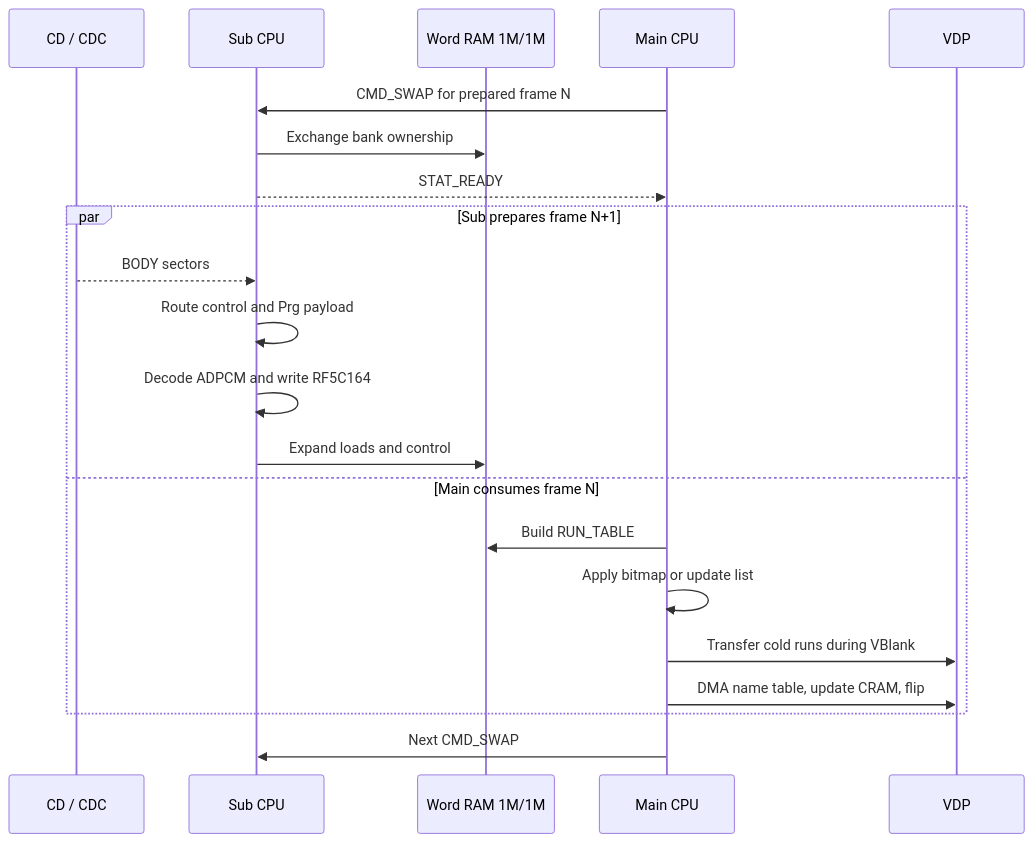
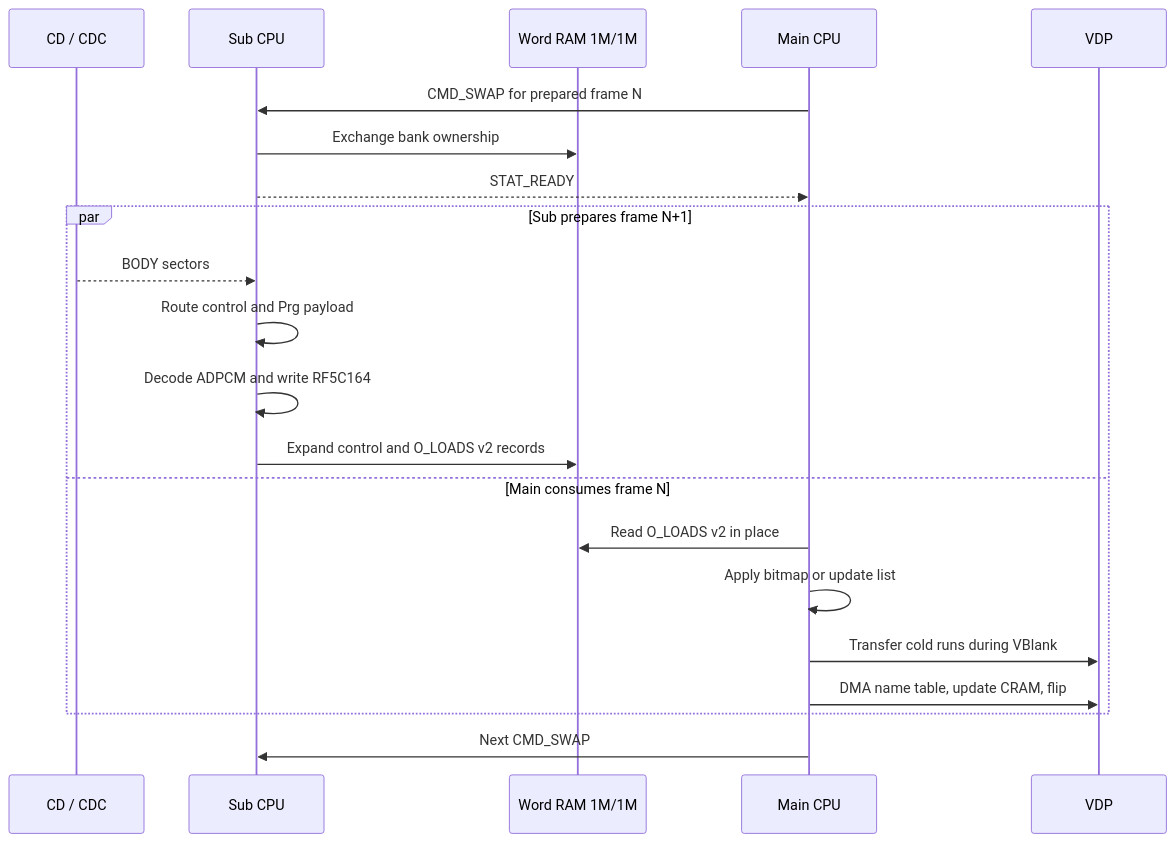
The second of 4 diagrams in PLAYER.md (akiyan/segacd-fmv-cavc), drawn with Mermaid before and after one commit. The commit also changed other lines of this file and 11 other files, not shown here.

````diff
--- a/PLAYER.md
+++ b/PLAYER.md
@@ -257,26 +261,26 @@
 ```mermaid
 sequenceDiagram
     participant CD as CD / CDC
     participant S as Sub CPU
     participant W as Word RAM 1M/1M
     participant M as Main CPU
     participant V as VDP
 
     M->>S: CMD_SWAP for prepared frame N
     S->>W: Exchange bank ownership
     S-->>M: STAT_READY
 
     par Sub prepares frame N+1
         CD-->>S: BODY sectors
         S->>S: Route control and Prg payload
         S->>S: Decode ADPCM and write RF5C164
-        S->>W: Expand loads and control
+        S->>W: Expand control and O_LOADS v2 records
     and Main consumes frame N
-        M->>W: Build RUN_TABLE
+        M->>W: Read O_LOADS v2 in place
         M->>M: Apply bitmap or update list
         M->>V: Transfer cold runs during VBlank
         M->>V: DMA name table, update CRAM, flip
     end
 
     M->>S: Next CMD_SWAP
 ```
````
